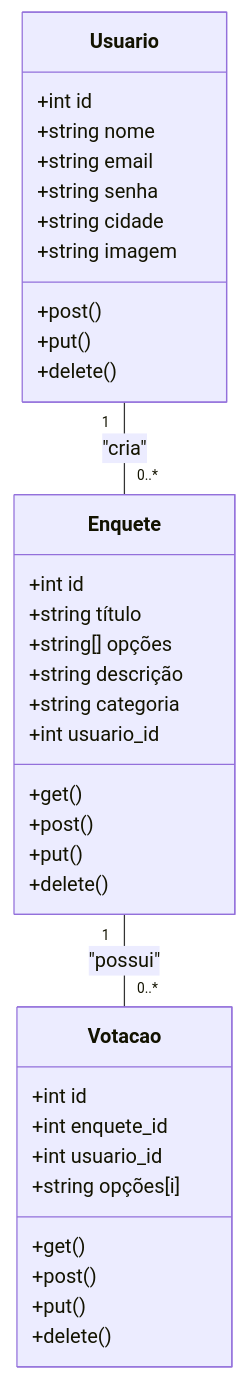
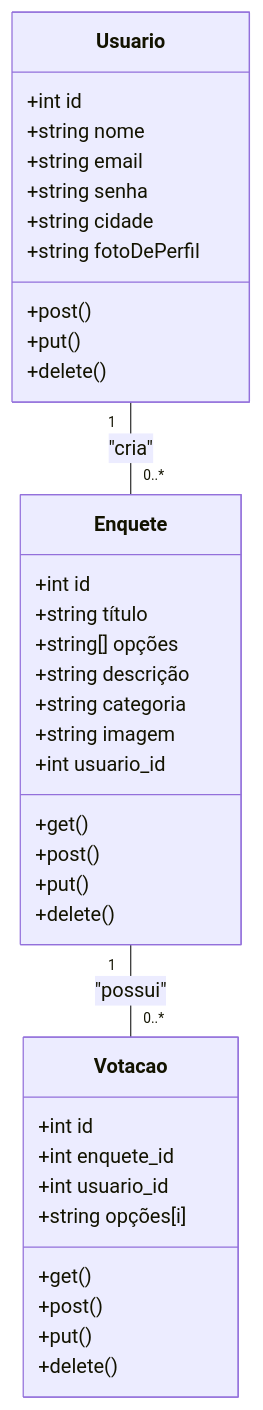
Before and after one commit to epicestudar/Votefy: the second of 4 diagrams in README.md, drawn with Mermaid.

````diff
--- a/README.md
+++ b/README.md
@@ -119,42 +119,43 @@
 ```mermaid
 classDiagram
     class Usuario {
         +int id
         +string nome
         +string email
         +string senha
         +string cidade
-        +string imagem
+        +string fotoDePerfil
         +post()
         +put()
         +delete()
     }
 
     class Enquete {
         +int id
         +string título
         +string[] opções
         +string descrição
         +string categoria
+        +string imagem
         +int usuario_id
         +get()
         +post()
         +put()
         +delete()
     }
 
     class Votacao {
         +int id
         +int enquete_id
         +int usuario_id
         +string opções[i]
         +get()
         +post()
         +put()
         +delete()
     }
 
     Usuario "1" -- "0..*" Enquete : "cria"
     Enquete "1" -- "0..*" Votacao : "possui"
 
 ```
````
